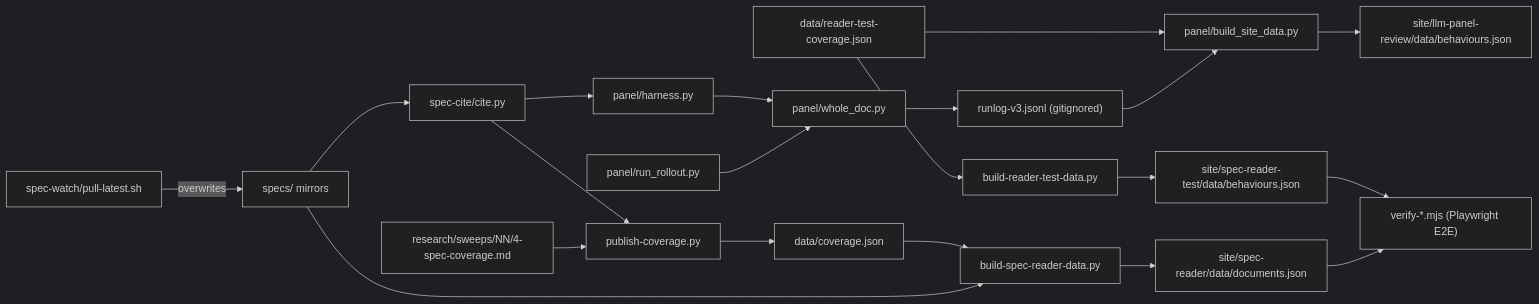
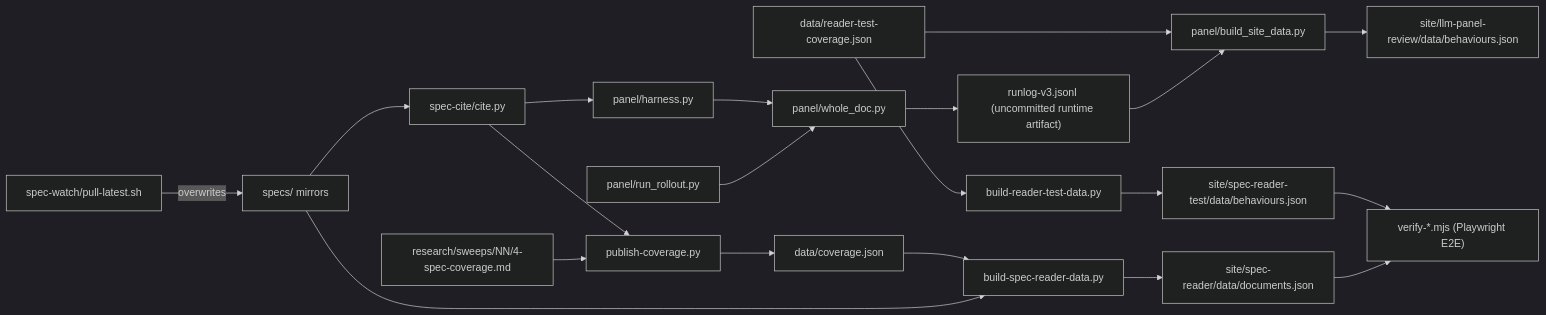
One commit to AndresCotton/ai-character-index changed the diagram in engine/OVERVIEW.md. Above: the diagram before and after it, drawn with Mermaid (dark theme). The commit also changed other lines of this file and 16 other files, not shown here.

````diff
--- a/engine/OVERVIEW.md
+++ b/engine/OVERVIEW.md
@@ -31,22 +31,22 @@
 ```mermaid
 graph LR
   watch["spec-watch/pull-latest.sh"] -->|overwrites| specs["specs/ mirrors"]
   specs --> cite["spec-cite/cite.py"]
   specs --> bsr["build-spec-reader-data.py"]
   cite --> harness["panel/harness.py"]
   rollout["panel/run_rollout.py"] --> wholedoc["panel/whole_doc.py"]
   harness --> wholedoc
-  wholedoc --> runlog["runlog-v3.jsonl (gitignored)"]
+  wholedoc --> runlog["runlog-v3.jsonl (uncommitted runtime artifact)"]
   runlog --> bsd["panel/build_site_data.py"]
   bsd --> panelpayload["site/llm-panel-review/data/behaviours.json"]
   sweep4["research/sweeps/NN/4-spec-coverage.md"] --> publish["publish-coverage.py"]
   cite --> publish
   publish --> coverage["data/coverage.json"]
   coverage --> bsr
   bsr --> docpayload["site/spec-reader/data/documents.json"]
   rtc["data/reader-test-coverage.json"] --> brt["build-reader-test-data.py"]
   brt --> benchpayload["site/spec-reader-test/data/behaviours.json"]
   rtc --> bsd
   docpayload --> verify["verify-*.mjs (Playwright E2E)"]
   benchpayload --> verify
 ```
````
